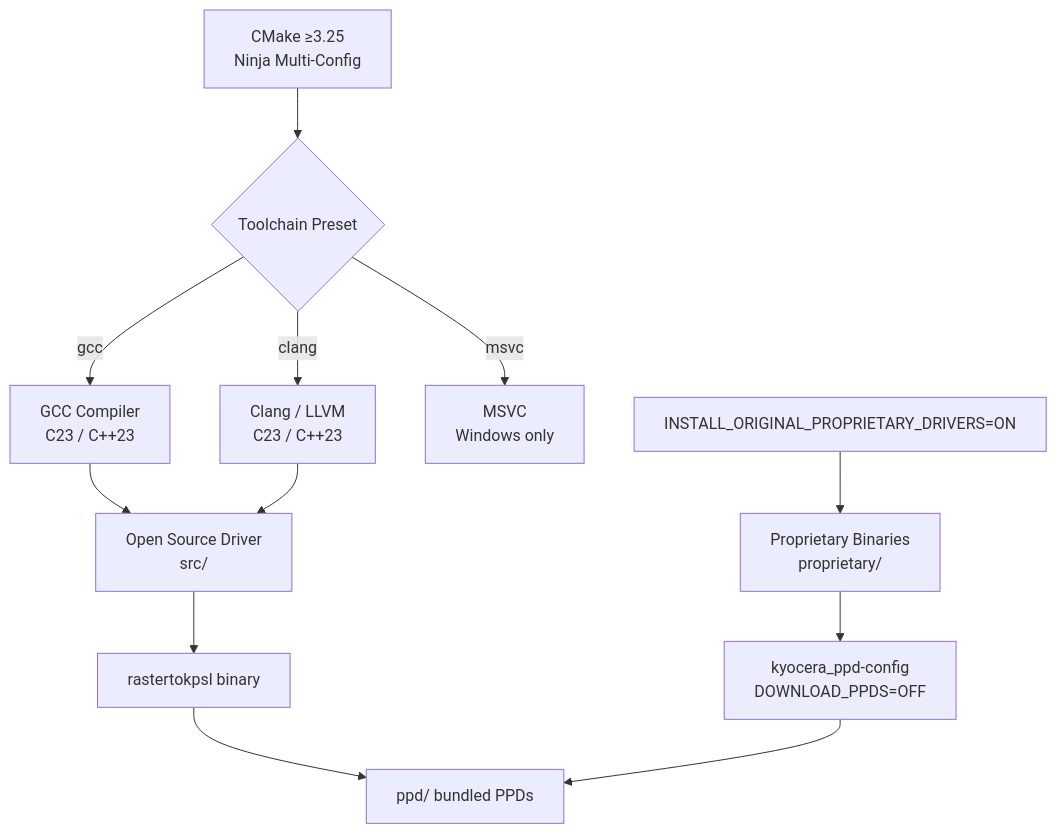
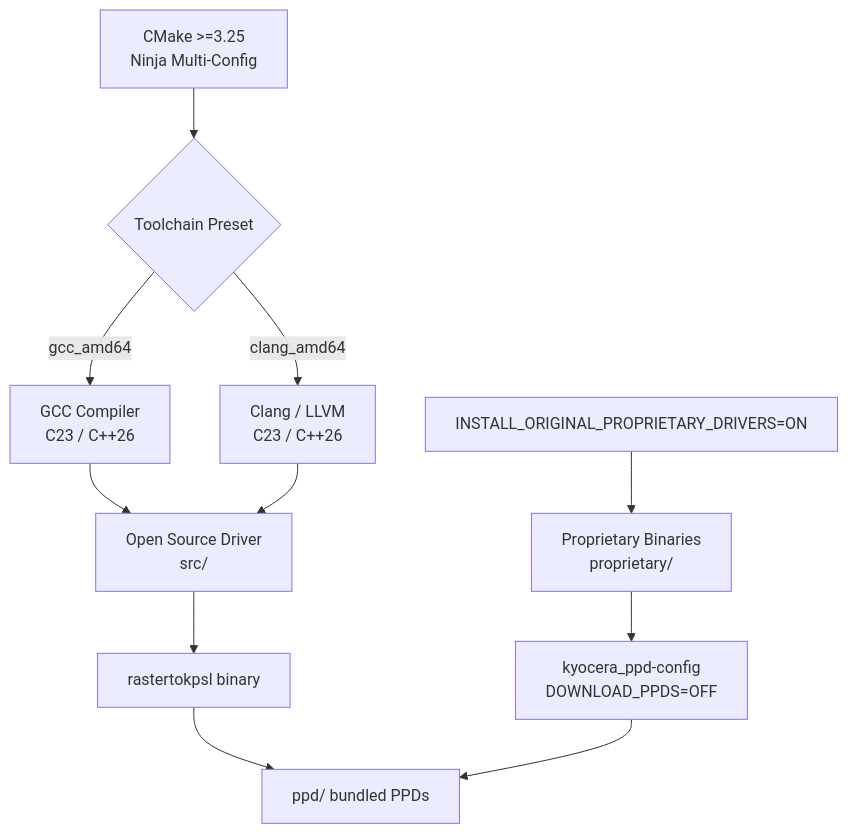
Before and after one commit to e-gleba/kyocera-drivers: the second of 2 diagrams in readme.md, drawn with Mermaid. The commit also changed other lines of this file and 6 other files, not shown here.

First line of the commit message:
build(cmake): rename presets to gcc_amd64/clang_amd64, add Linux guard, upgrade to C++26, fix lint exclusions, use workflow presets in CI (#9)

````diff
--- a/readme.md
+++ b/readme.md
@@ -77,14 +77,13 @@
 ```mermaid
 flowchart TD
-    A[CMake ≥3.25<br>Ninja Multi-Config] --> B{Toolchain Preset}
-    B -->|gcc| C[GCC Compiler<br>C23 / C++23]
-    B -->|clang| D[Clang / LLVM<br>C23 / C++23]
-    B -->|msvc| E[MSVC<br>Windows only]
-    C --> F[Open Source Driver<br>src/]
-    D --> F
-    F --> G[rastertokpsl binary]
-    G --> H[ppd/ bundled PPDs]
-    I[Proprietary Binaries<br>proprietary/] --> J[kyocera_ppd-config<br>DOWNLOAD_PPDS=OFF]
-    J --> H
-    K[INSTALL_ORIGINAL_PROPRIETARY_DRIVERS=ON] --> I
+    A[CMake >=3.25<br>Ninja Multi-Config] --> B{Toolchain Preset}
+    B -->|gcc_amd64| C[GCC Compiler<br>C23 / C++26]
+    B -->|clang_amd64| D[Clang / LLVM<br>C23 / C++26]
+    C --> E[Open Source Driver<br>src/]
+    D --> E
+    E --> F[rastertokpsl binary]
+    F --> G[ppd/ bundled PPDs]
+    H[Proprietary Binaries<br>proprietary/] --> I[kyocera_ppd-config<br>DOWNLOAD_PPDS=OFF]
+    I --> G
+    J[INSTALL_ORIGINAL_PROPRIETARY_DRIVERS=ON] --> H
 ```
````
